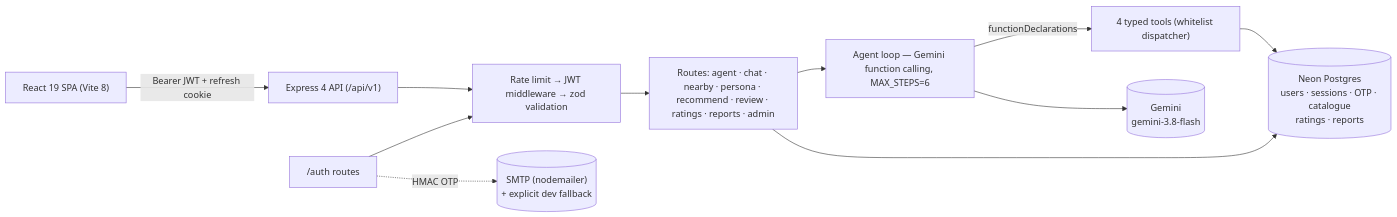
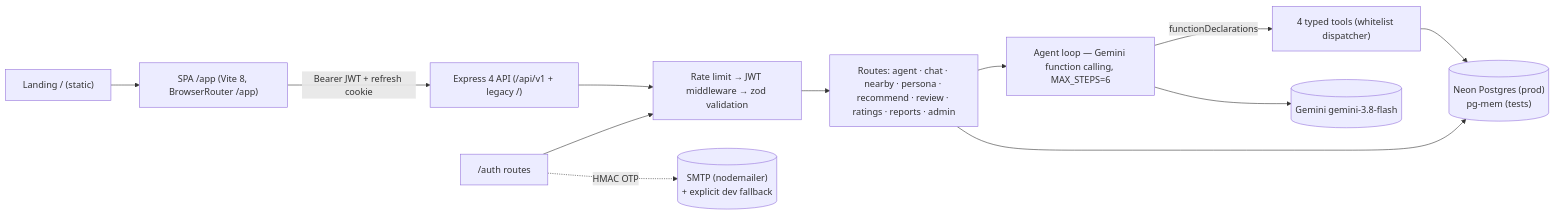
One commit to hiamrhex/naijaaste-ai changed the third of 5 diagrams in README.md. Above: the diagram before and after it, drawn with Mermaid. The commit also changed other lines of this file and 25 other files, not shown here.

Commit message:
feat: landing front door at /, app under /app, project docs

````diff
--- a/README.md
+++ b/README.md
@@ -28,13 +101,14 @@
 ```mermaid
 flowchart LR
-  SPA["React 19 SPA (Vite 8)"] -->|"Bearer JWT + refresh cookie"| API["Express 4 API (/api/v1)"]
+  LP["Landing / (static)"] --> APP["SPA /app (Vite 8, BrowserRouter /app)"]
+  APP -->|"Bearer JWT + refresh cookie"| API["Express 4 API (/api/v1 + legacy /)"]
   API --> MW["Rate limit → JWT middleware → zod validation"]
   MW --> R["Routes: agent · chat · nearby · persona · recommend · review · ratings · reports · admin"]
   R --> AG["Agent loop — Gemini function calling, MAX_STEPS=6"]
   AG -->|"functionDeclarations"| TL["4 typed tools (whitelist dispatcher)"]
-  TL --> DB[("Neon Postgres\nusers · sessions · OTP · catalogue\nratings · reports")]
+  TL --> DB[("Neon Postgres (prod)\npg-mem (tests)")]
   R --> DB
-  AG --> GM[("Gemini\n gemini-3.8-flash")]
+  AG --> GM[("Gemini gemini-3.8-flash")]
   AUTH["/auth routes"] --> MW
   AUTH -.->|"HMAC OTP"| SM[("SMTP (nodemailer)\n + explicit dev fallback")]
 ```
````
